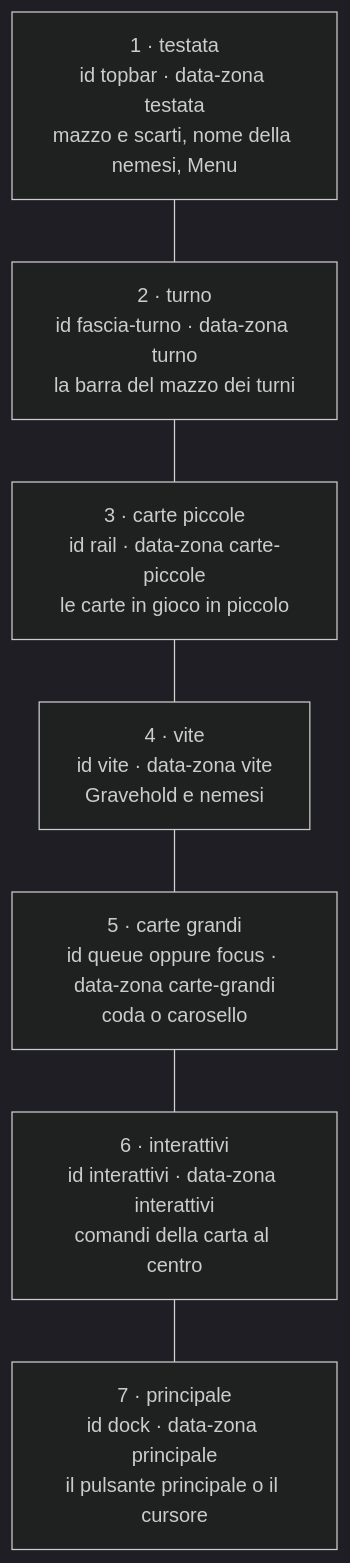
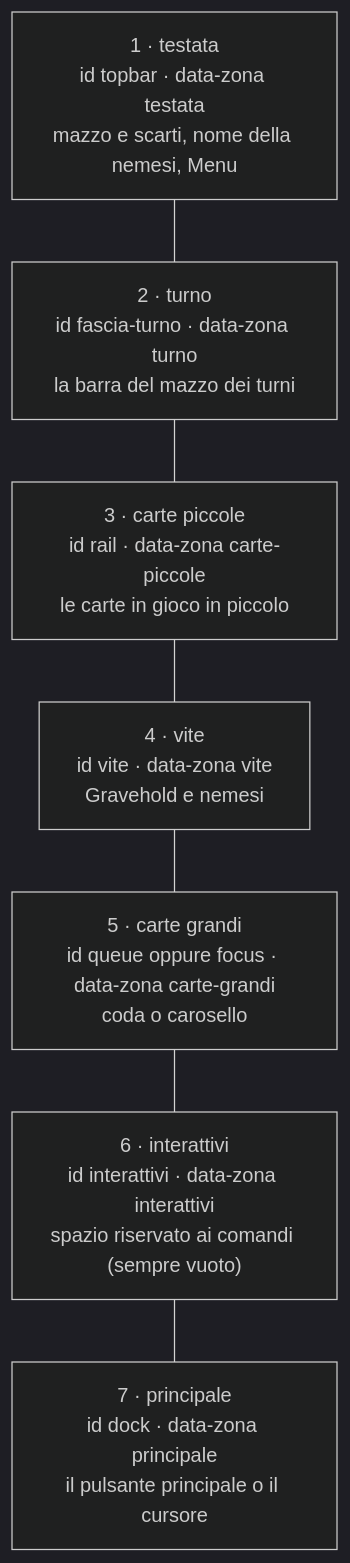
One commit to lorenzvittori/AeonsEnd_App_0.3 changed the first of 5 diagrams in docs/06-schermata-partita.md. Above: the diagram before and after it, drawn with Mermaid (dark theme). The commit also changed other lines of this file and 8 other files, not shown here.

Commit message:
Rifiniture 5: documentazione (comandi agganciati alla carta, carte piccole bloccate al passo Pesca, carta pescata con le misure nuove, animazioni dei token sopra tutto, variabili nuove e unite)

````diff
--- a/docs/06-schermata-partita.md
+++ b/docs/06-schermata-partita.md
@@ -17,11 +17,11 @@
 ```mermaid
 flowchart TB
     Z1["1 · testata<br/>id topbar · data-zona testata<br/>mazzo e scarti, nome della nemesi, Menu"]
     Z2["2 · turno<br/>id fascia-turno · data-zona turno<br/>la barra del mazzo dei turni"]
     Z3["3 · carte piccole<br/>id rail · data-zona carte-piccole<br/>le carte in gioco in piccolo"]
     Z4["4 · vite<br/>id vite · data-zona vite<br/>Gravehold e nemesi"]
     Z5["5 · carte grandi<br/>id queue oppure focus · data-zona carte-grandi<br/>coda o carosello"]
-    Z6["6 · interattivi<br/>id interattivi · data-zona interattivi<br/>comandi della carta al centro"]
+    Z6["6 · interattivi<br/>id interattivi · data-zona interattivi<br/>spazio riservato ai comandi (sempre vuoto)"]
     Z7["7 · principale<br/>id dock · data-zona principale<br/>il pulsante principale o il cursore"]
     Z1 --- Z2 --- Z3 --- Z4 --- Z5 --- Z6 --- Z7
 ```
````
